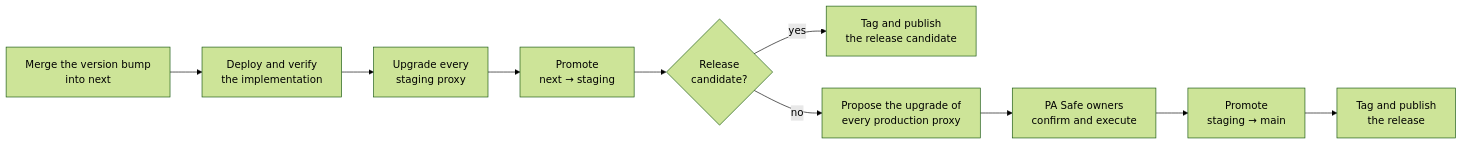
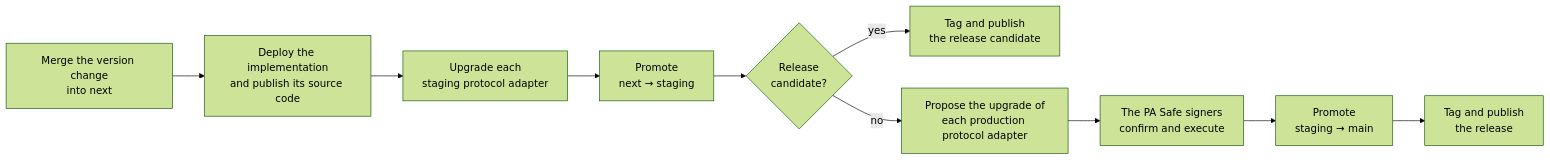
One commit to anoma/pa-evm changed the second of 2 diagrams in docs/02-upgrades.md. Above: the diagram before and after it, drawn with Mermaid (forest theme). The commit also changed other lines of this file and 5 other files, not shown here.

````diff
--- a/docs/02-upgrades.md
+++ b/docs/02-upgrades.md
@@ -43,12 +59,12 @@
 ```mermaid
 flowchart LR
-    merge[Merge the version bump<br/>into next] --> deploy[Deploy and verify<br/>the implementation]
-    deploy --> staging[Upgrade every<br/>staging proxy]
+    merge[Merge the version change<br/>into next] --> deploy[Deploy the implementation<br/>and publish its source code]
+    deploy --> staging[Upgrade each<br/>staging protocol adapter]
     staging --> promoteStaging[Promote<br/>next → staging]
     promoteStaging --> candidate{Release<br/>candidate?}
     candidate -->|yes| tagCandidate[Tag and publish<br/>the release candidate]
-    candidate -->|no| production[Propose the upgrade of<br/>every production proxy]
-    production --> sign[PA Safe owners<br/>confirm and execute]
+    candidate -->|no| production[Propose the upgrade of<br/>each production protocol adapter]
+    production --> sign[The PA Safe signers<br/>confirm and execute]
     sign --> promoteMain[Promote<br/>staging → main]
     promoteMain --> tagRelease[Tag and publish<br/>the release]
 ```
````
